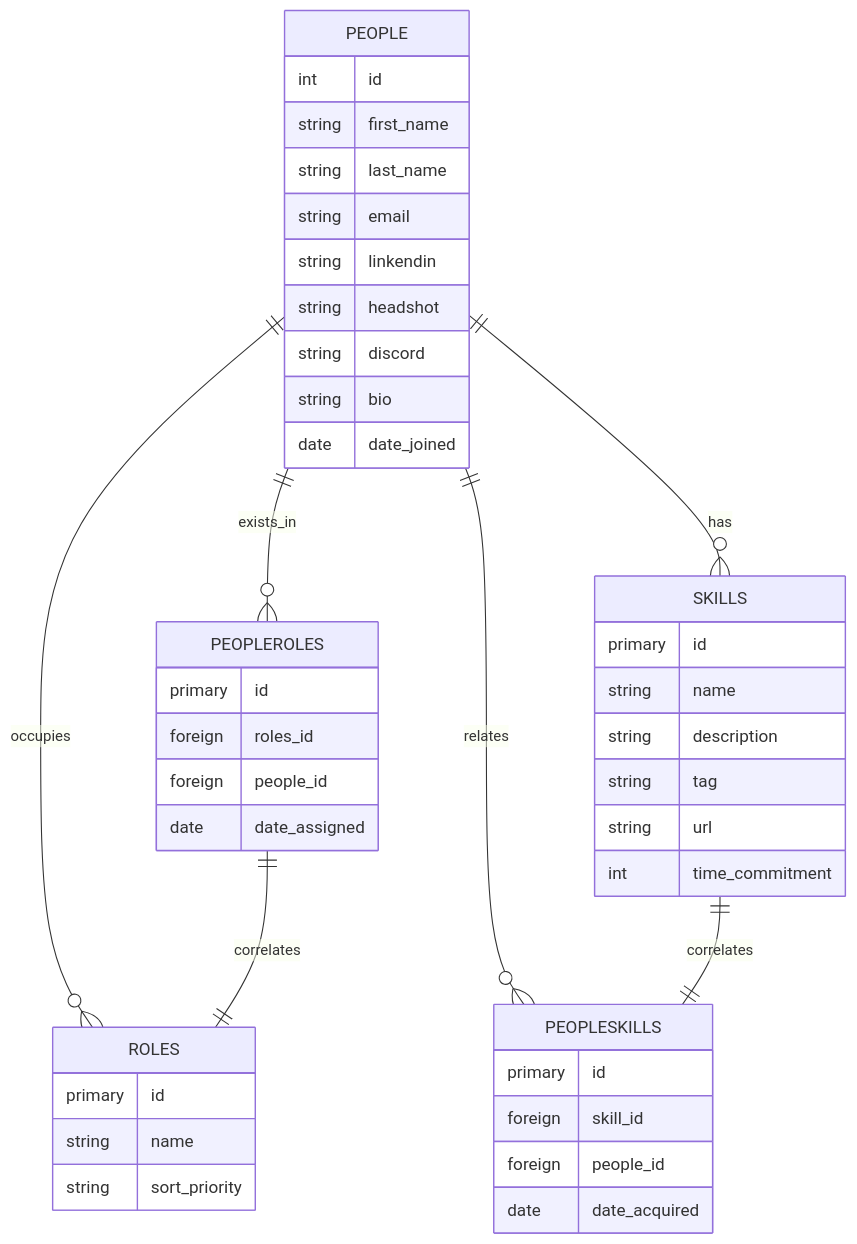
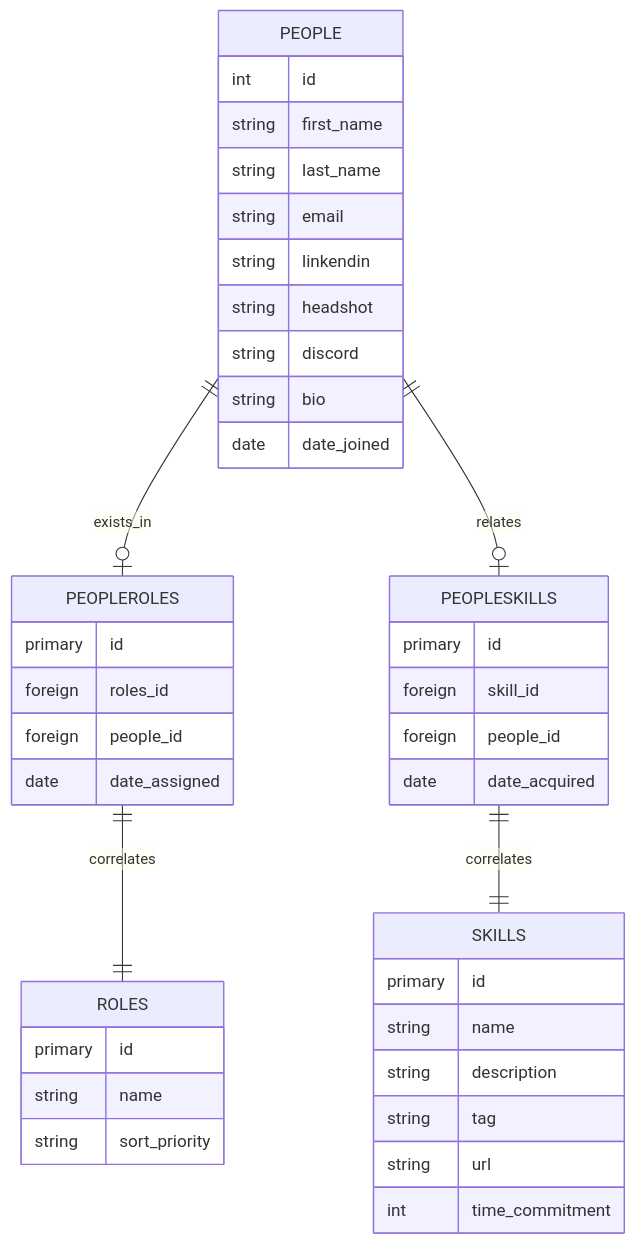
The diagram in hw7/hw7.qmd (cmsc-vcu/cmsc508-fa2023-hw7-asalkey82), drawn with Mermaid before and after one commit. The commit also changed other lines of this file and 1 other file, not shown here.

````diff
--- a/hw7/hw7.qmd
+++ b/hw7/hw7.qmd
@@ -97,48 +97,46 @@
 ```{mermaid}
 %%| echo: false
 erDiagram
-    PEOPLE ||--o{ PEOPLEROLES : exists_in
-    PEOPLE ||--o{ ROLES : occupies
-    PEOPLE ||--o{ SKILLS : has
-    PEOPLE ||--o{ PEOPLESKILLS: relates
-    SKILLS ||--|| PEOPLESKILLS: correlates
+    PEOPLE ||--o| PEOPLEROLES : exists_in
+    PEOPLE ||--o| PEOPLESKILLS: relates
+    PEOPLESKILLS ||--|| SKILLS: correlates
     PEOPLEROLES ||--|| ROLES : correlates
 
 
     PEOPLE{
         int id
         string first_name
         string last_name
         string email
         string linkendin
         string headshot
         string discord
         string bio
         date date_joined
     }
     PEOPLEROLES {
         primary id
         foreign roles_id
         foreign people_id
         date date_assigned
     }
     SKILLS{
         primary id
         string name
         string description
         string tag
         string url
         int time_commitment
     }
     PEOPLESKILLS {
         primary id
         foreign skill_id
         foreign people_id
         date date_acquired
     }
     ROLES {
         primary id
         string name
         string sort_priority
     }
 ```
````
